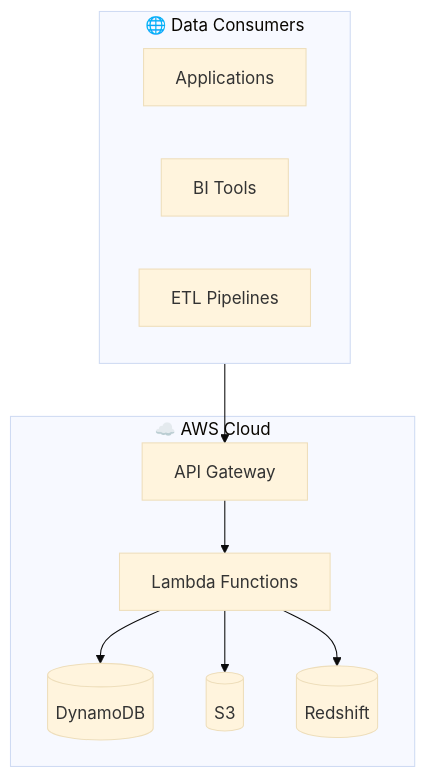
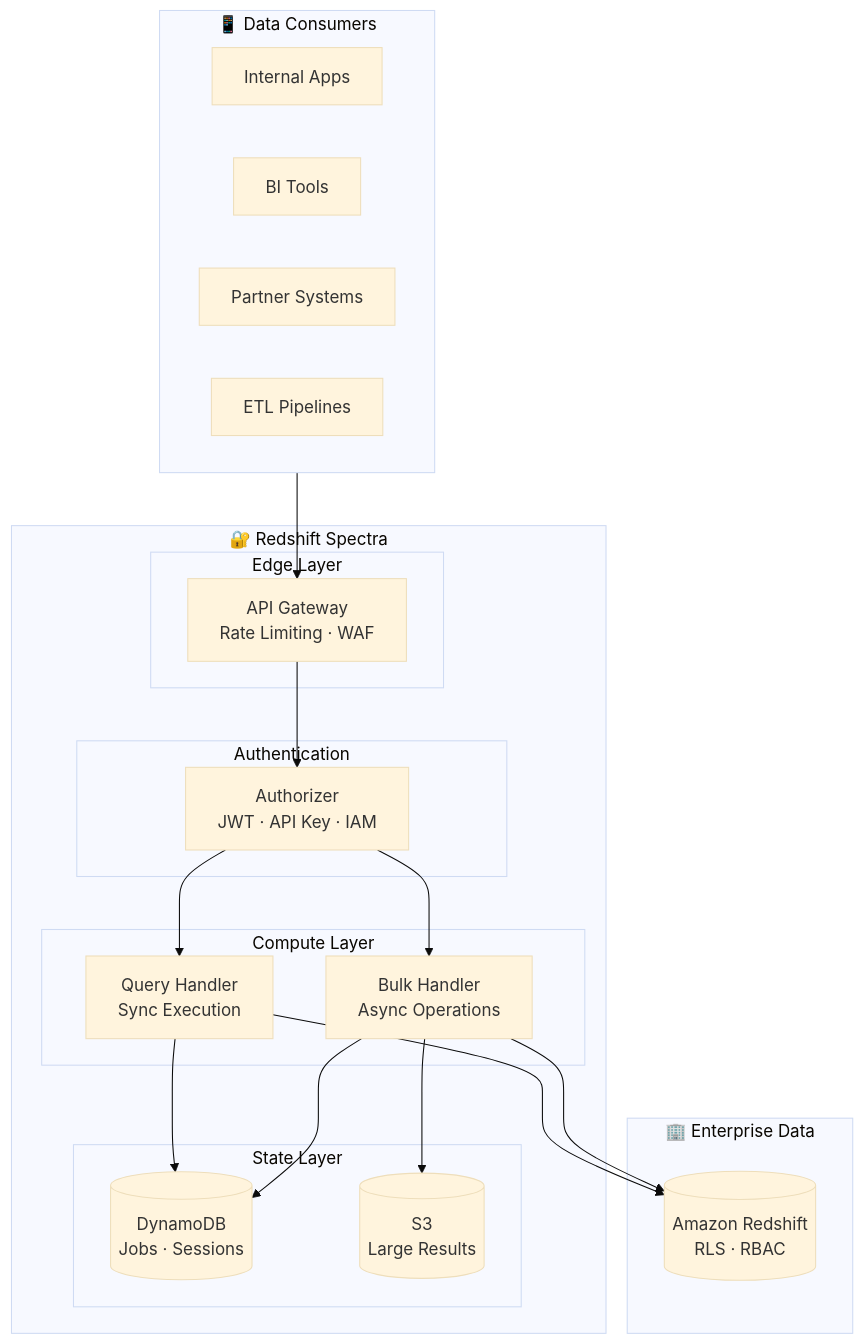
Before and after one commit to zhiweio/redshift-spectra: the second of 2 diagrams in docs/index.md, drawn with Mermaid (base theme). The commit also changed other lines of this file and 15 other files, not shown here.

````diff
--- a/docs/index.md
+++ b/docs/index.md
@@ -58,22 +119,43 @@
 ```mermaid
 flowchart TB
-    subgraph Clients["🌐 Data Consumers"]
-        APP[Applications]
+    subgraph Consumers["📱 Data Consumers"]
+        APP[Internal Apps]
         BI[BI Tools]
+        PARTNER[Partner Systems]
         ETL[ETL Pipelines]
     end
 
-    subgraph AWS["☁️ AWS Cloud"]
-        APIGW[API Gateway]
-        LAMBDA[Lambda Functions]
-        DDB[(DynamoDB)]
-        S3[(S3)]
-        RS[(Redshift)]
+    subgraph Spectra["🔐 Redshift Spectra"]
+        subgraph Edge["Edge Layer"]
+            APIGW[API Gateway<br/>Rate Limiting · WAF]
+        end
+        
+        subgraph Auth["Authentication"]
+            AUTHZ[Authorizer<br/>JWT · API Key · IAM]
+        end
+        
+        subgraph Compute["Compute Layer"]
+            QUERY[Query Handler<br/>Sync Execution]
+            BULK[Bulk Handler<br/>Async Operations]
+        end
+        
+        subgraph State["State Layer"]
+            DDB[(DynamoDB<br/>Jobs · Sessions)]
+            S3[(S3<br/>Large Results)]
+        end
     end
 
-    Clients --> APIGW
-    APIGW --> LAMBDA
-    LAMBDA --> DDB
-    LAMBDA --> RS
-    LAMBDA --> S3
+    subgraph Data["🏢 Enterprise Data"]
+        RS[(Amazon Redshift<br/>RLS · RBAC)]
+    end
+
+    Consumers --> APIGW
+    APIGW --> AUTHZ
+    AUTHZ --> QUERY
+    AUTHZ --> BULK
+    QUERY --> DDB
+    QUERY --> RS
+    BULK --> DDB
+    BULK --> S3
+    BULK --> RS
 ```
````
